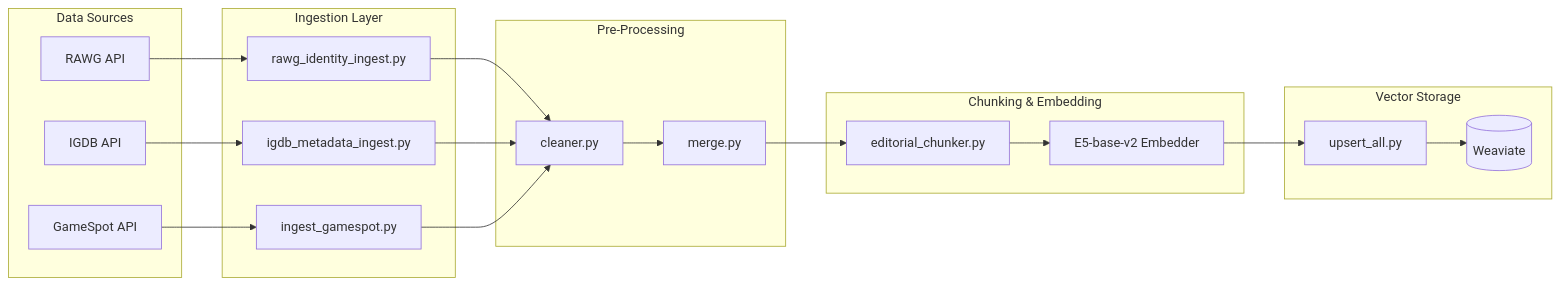
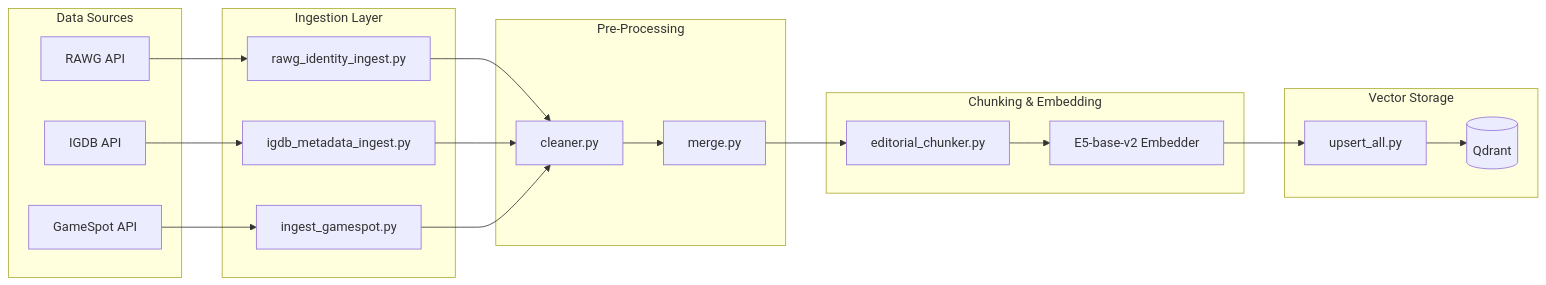
Before and after one commit to SukeshShetty1010/RAGent: the second of 2 diagrams in README.md, drawn with Mermaid. The commit also changed other lines of this file, not shown here.

````diff
--- a/README.md
+++ b/README.md
@@ -77,34 +77,34 @@
 ```mermaid
 flowchart LR
     subgraph Sources["Data Sources"]
         RAWG[RAWG API]
         IGDB[IGDB API]
         GS[GameSpot API]
     end
     
     subgraph Ingest["Ingestion Layer"]
         RI[rawg_identity_ingest.py]
         II[igdb_metadata_ingest.py]
         GI[ingest_gamespot.py]
     end
     
     subgraph PreProcess["Pre-Processing"]
         CL[cleaner.py]
         MG[merge.py]
     end
     
     subgraph Chunking["Chunking & Embedding"]
         CH[editorial_chunker.py]
         EM[E5-base-v2 Embedder]
     end
     
     subgraph Vector["Vector Storage"]
         UP[upsert_all.py]
-        WV[(Weaviate)]
+        WV[(Qdrant)]
     end
     
     RAWG --> RI --> CL
     IGDB --> II --> CL
     GS --> GI --> CL
     CL --> MG --> CH --> EM --> UP --> WV
 ```
````
